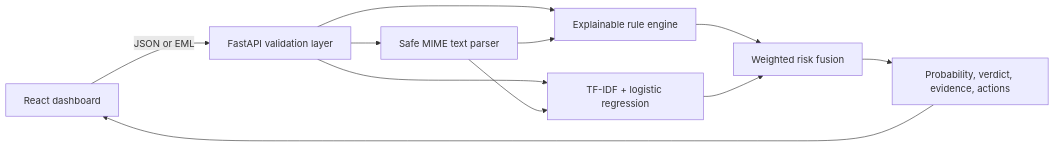
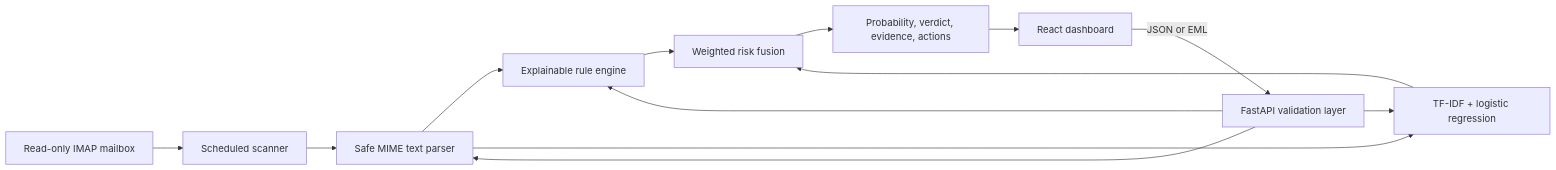
The diagram in README.md (khaledhamadeh2-lgtm/ai-phishing-email-detector), drawn with Mermaid before and after one commit. The commit also changed other lines of this file and 19 other files, not shown here.

````diff
--- a/README.md
+++ b/README.md
@@ -26,13 +26,15 @@
 ```mermaid
 flowchart LR
+    Mailbox["Read-only IMAP mailbox"] --> Worker["Scheduled scanner"]
+    Worker --> Parser
     UI["React dashboard"] -->|JSON or EML| API["FastAPI validation layer"]
     API --> Parser["Safe MIME text parser"]
     API --> Rules["Explainable rule engine"]
     API --> ML["TF-IDF + logistic regression"]
     Parser --> Rules
     Parser --> ML
     Rules --> Fusion["Weighted risk fusion"]
     ML --> Fusion
     Fusion --> Report["Probability, verdict, evidence, actions"]
     Report --> UI
 ```
````
